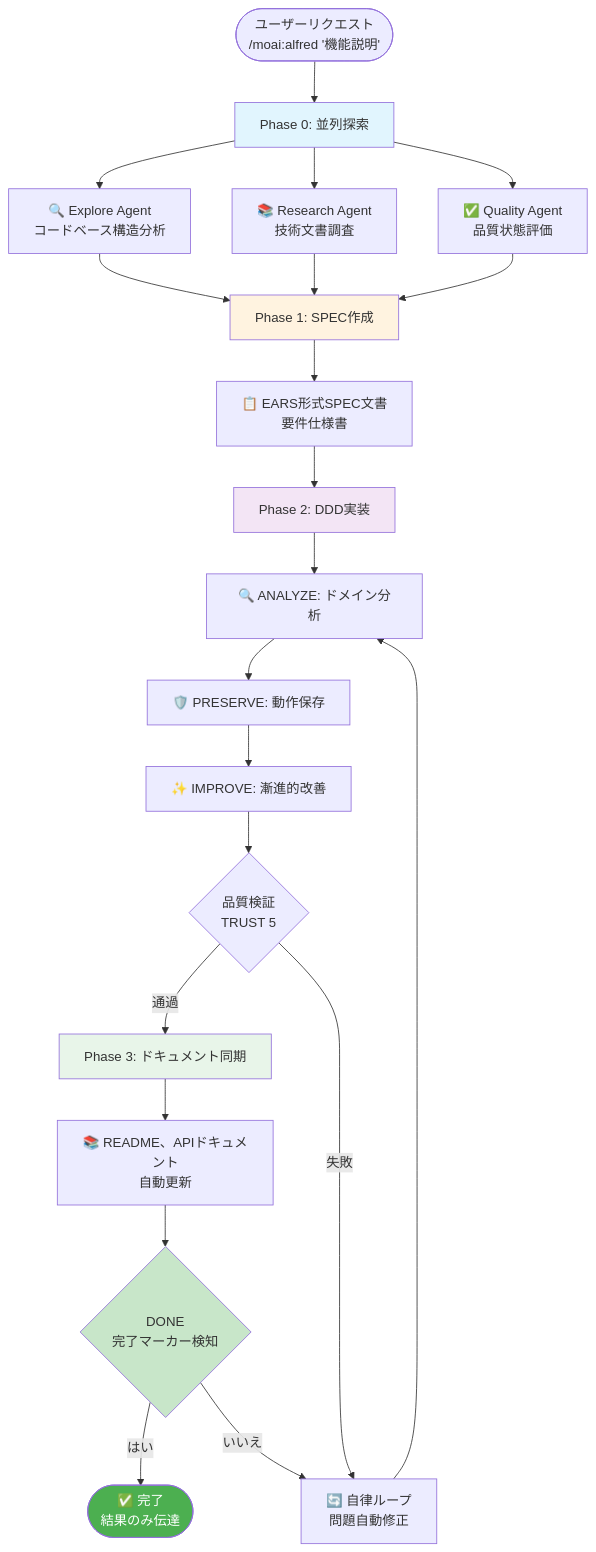
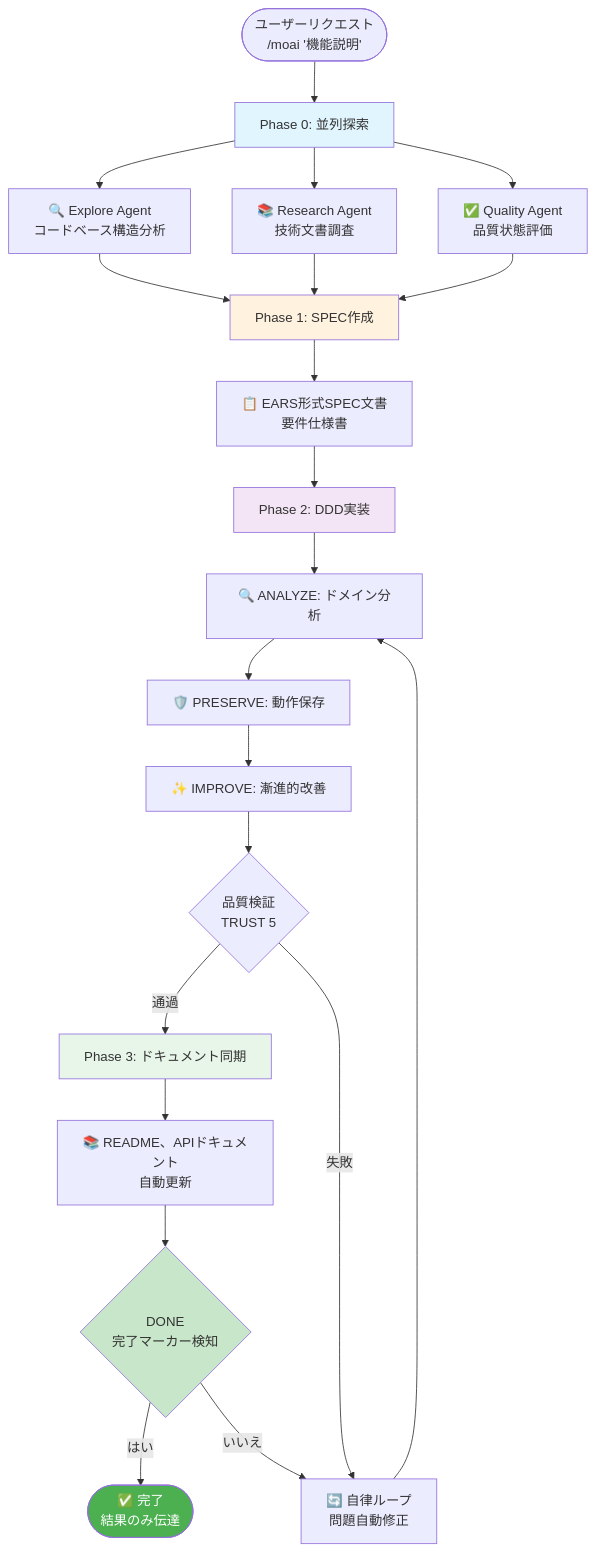
The first of 8 diagrams in README.ja.md (modu-ai/moai-adk), drawn with Mermaid before and after one commit. The commit also changed other lines of this file and 16 other files, not shown here.

````diff
--- a/README.ja.md
+++ b/README.ja.md
@@ -676,41 +676,41 @@
 ```mermaid
 flowchart TB
-    Start([ユーザーリクエスト<br/>/moai:alfred '機能説明']) --> Phase0[Phase 0: 並列探索]
+    Start([ユーザーリクエスト<br/>/moai '機能説明']) --> Phase0[Phase 0: 並列探索]
 
     Phase0 --> Explore[🔍 Explore Agent<br/>コードベース構造分析]
     Phase0 --> Research[📚 Research Agent<br/>技術文書調査]
     Phase0 --> Quality[✅ Quality Agent<br/>品質状態評価]
 
     Explore --> Phase1[Phase 1: SPEC作成]
     Research --> Phase1
     Quality --> Phase1
 
     Phase1 --> Spec[📋 EARS形式SPEC文書<br/>要件仕様書]
 
     Spec --> Phase2[Phase 2: DDD実装]
 
     Phase2 --> Analyze[🔍 ANALYZE: ドメイン分析]
     Analyze --> Preserve[🛡️ PRESERVE: 動作保存]
     Preserve --> Improve[✨ IMPROVE: 漸進的改善]
 
     Improve --> Check{品質検証<br/>TRUST 5}
 
     Check -->|通過| Phase3[Phase 3: ドキュメント同期]
     Check -->|失敗| Loop[🔄 自律ループ<br/>問題自動修正]
 
     Loop --> Analyze
 
     Phase3 --> Docs[📚 README、APIドキュメント<br/>自動更新]
 
     Docs --> Done{<moai>DONE</moai><br/>完了マーカー検知}
 
     Done -->|はい| End([✅ 完了<br/>結果のみ伝達])
     Done -->|いいえ| Loop
 
     style Phase0 fill:#e1f5fe
     style Phase1 fill:#fff3e0
     style Phase2 fill:#f3e5f5
     style Phase3 fill:#e8f5e9
     style Done fill:#c8e6c9
     style End fill:#4caf50,color:#fff
 ```
````
